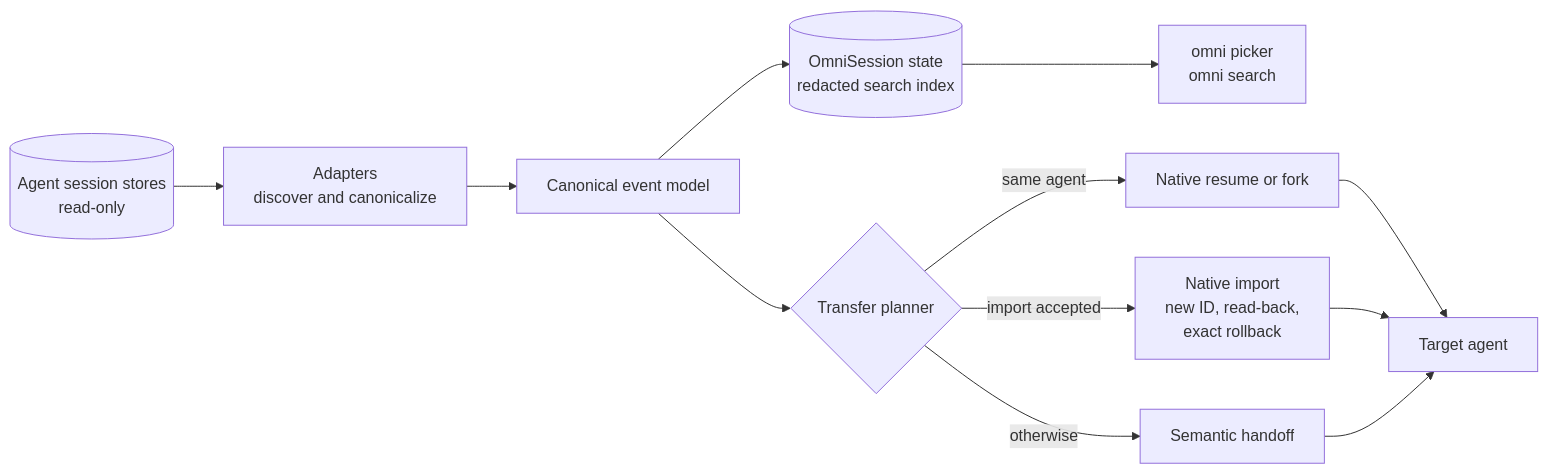
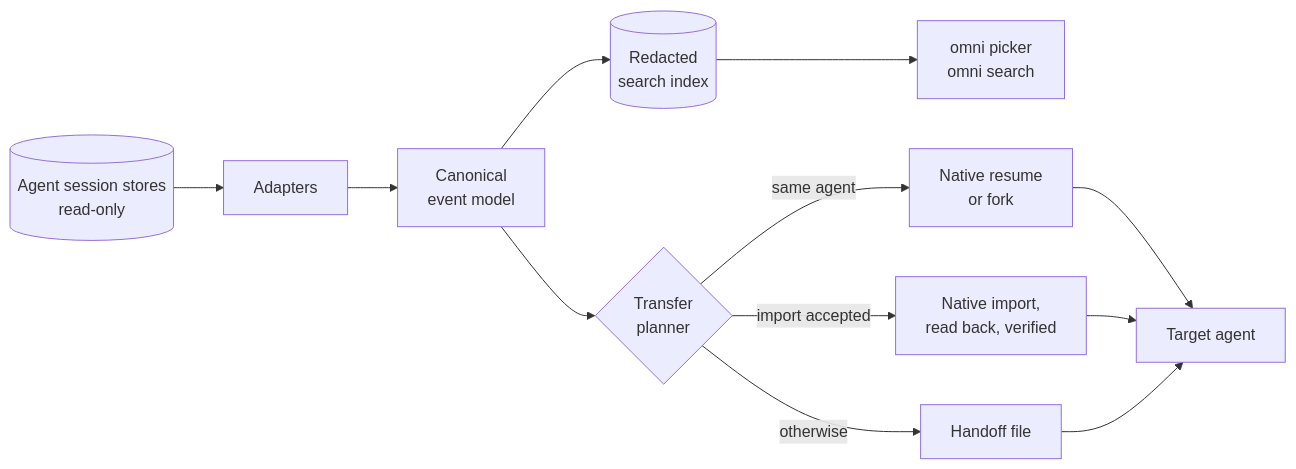
Before and after one commit to bvolpato/omnisession: the diagram in README.md, drawn with Mermaid. The commit also changed other lines of this file and 15 other files, not shown here.

````diff
--- a/README.md
+++ b/README.md
@@ -388,14 +148,14 @@
 ```mermaid
 flowchart LR
-  stores[("Agent session stores<br/>read-only")] --> adapters["Adapters<br/>discover and canonicalize"]
-  adapters --> ir["Canonical event model"]
-  ir --> index[("OmniSession state<br/>redacted search index")]
+  stores[("Agent session stores<br/>read-only")] --> adapters["Adapters"]
+  adapters --> ir["Canonical<br/>event model"]
+  ir --> index[("Redacted<br/>search index")]
   index --> ui["omni picker<br/>omni search"]
-  ir --> planner{"Transfer planner"}
-  planner -->|"same agent"| resume["Native resume or fork"]
-  planner -->|"import accepted"| native["Native import<br/>new ID, read-back,<br/>exact rollback"]
-  planner -->|"otherwise"| handoff["Semantic handoff"]
+  ir --> planner{"Transfer<br/>planner"}
+  planner -->|"same agent"| resume["Native resume<br/>or fork"]
+  planner -->|"import accepted"| native["Native import,<br/>read back, verified"]
+  planner -->|"otherwise"| handoff["Handoff file"]
   resume --> target["Target agent"]
   native --> target
   handoff --> target
 ```
````
